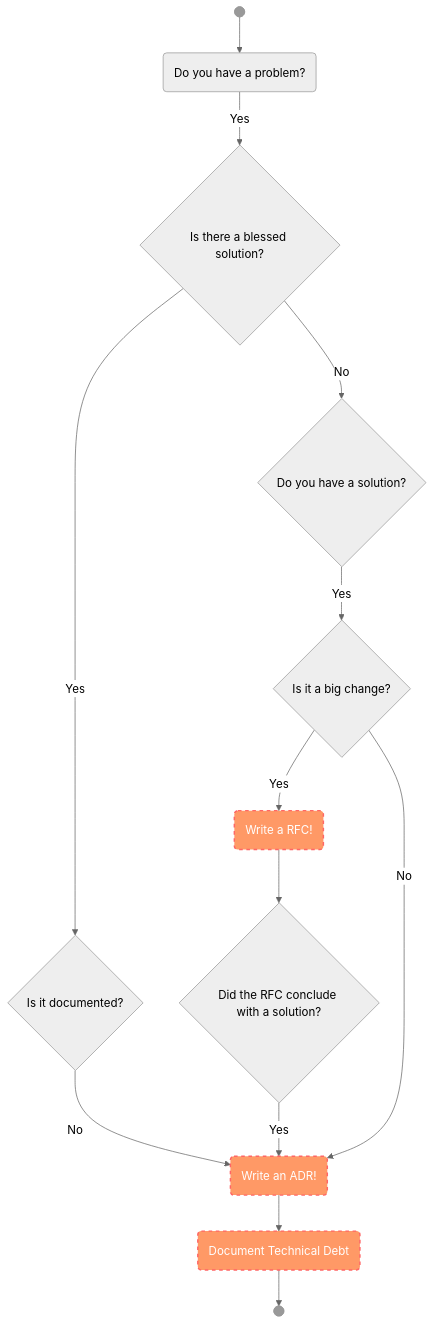
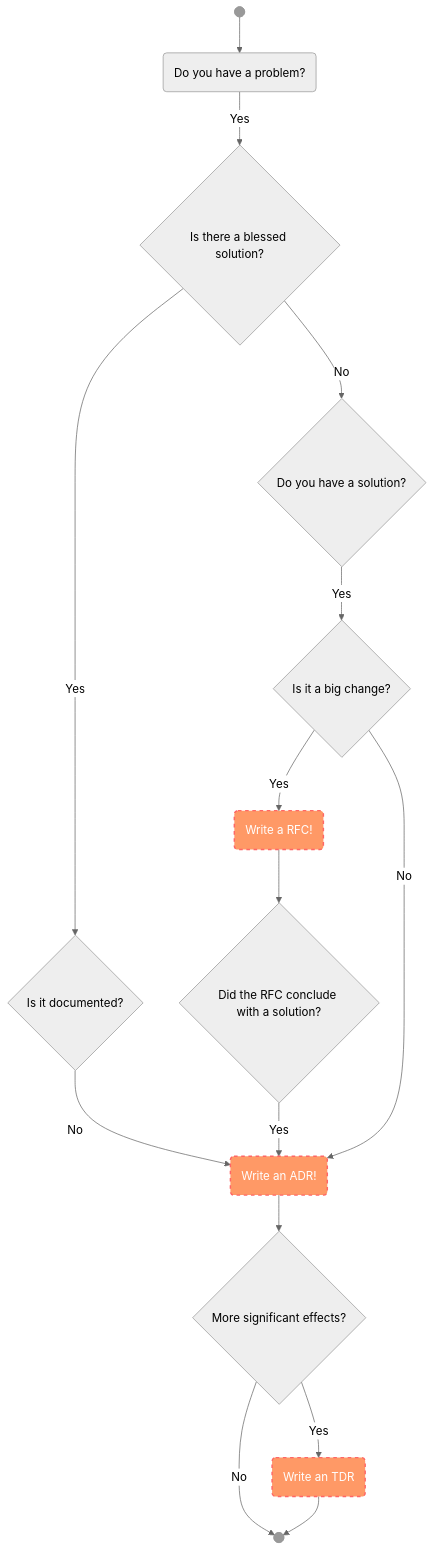
Before and after one commit to rossbachp/DeciCollab: the diagram in README.md, drawn with Mermaid (neutral theme).

Commit message:
Update Flow Diagram

````diff
--- a/README.md
+++ b/README.md
@@ -137,18 +137,20 @@
 ```mermaid
 flowchart TD
 A1@{ shape: f-circ, label: "Start" } --> A2(Do you have a problem?)
 A2 -- Yes --> A3{Is there a blessed solution?}
 A3 -- Yes --> A4{Is it documented?}
 A4 -- No --> A5(Write an ADR!)
 A3 -- No --> A6{Do you have a solution?}
 A6 -- Yes -->A7{Is it a big change?}
 A7 -- Yes --> A8(Write a RFC!)
-A5 --> A11(Document Technical Debt)
+A5 --> A12{More significant effects?}
+A12 -- Yes --> A11(Write an TDR)
+A12 -- No --> A10
 A8 --> A9{Did the RFC conclude with a solution?}
 A9 -- Yes --> A5
 A7 -- No --> A5
 A11 --> A10@{ shape: f-circ, label: "END" }
 
 classDef state fill:#f96,stroke:#f66,stroke-width:2px,color:#fff,stroke-dasharray: 5 5
 class A11,A5,A8 state;
 ```
````
